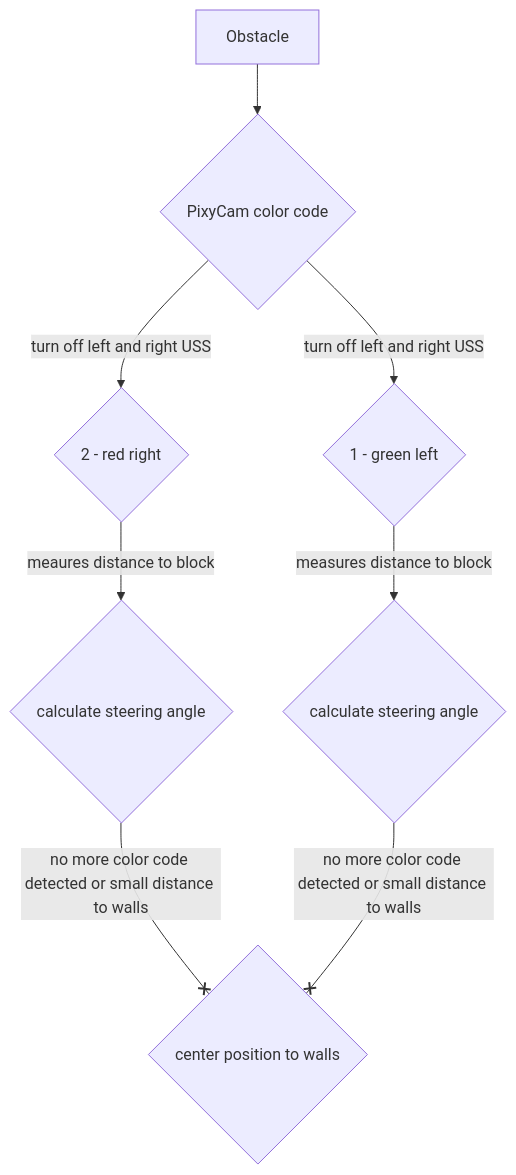
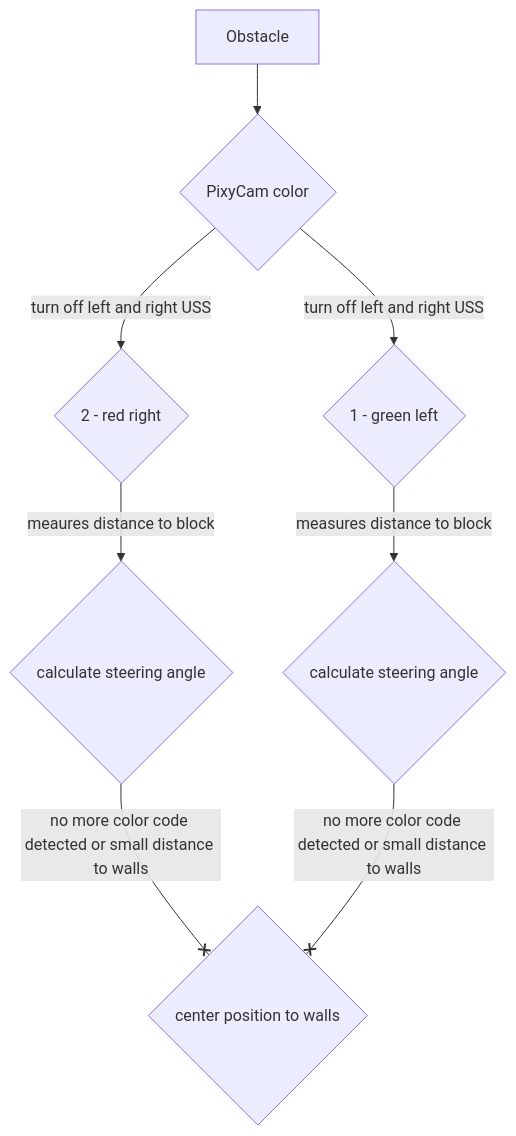
Before and after one commit to SchroedingersBit/PfortGTPanama: the first of 2 diagrams in programming/ObstacleChallenge/README.md, drawn with Mermaid.

````diff
--- a/programming/ObstacleChallenge/README.md
+++ b/programming/ObstacleChallenge/README.md
@@ -6,7 +6,7 @@
 ```mermaid
 flowchart TB;
-Obstacle --> P{PixyCam color code} -->|turn off left and right USS| R{2 - red right} & G{1 - green left};
+Obstacle --> P{PixyCam color} -->|turn off left and right USS| R{2 - red right} & G{1 - green left};
 R -->|meaures distance to block| RU{calculate steering angle};
 G -->|measures distance to block| LU{calculate steering angle};
 RU & LU --x |no more color code detected or small distance to walls| B{center position to walls};
 ```
````
